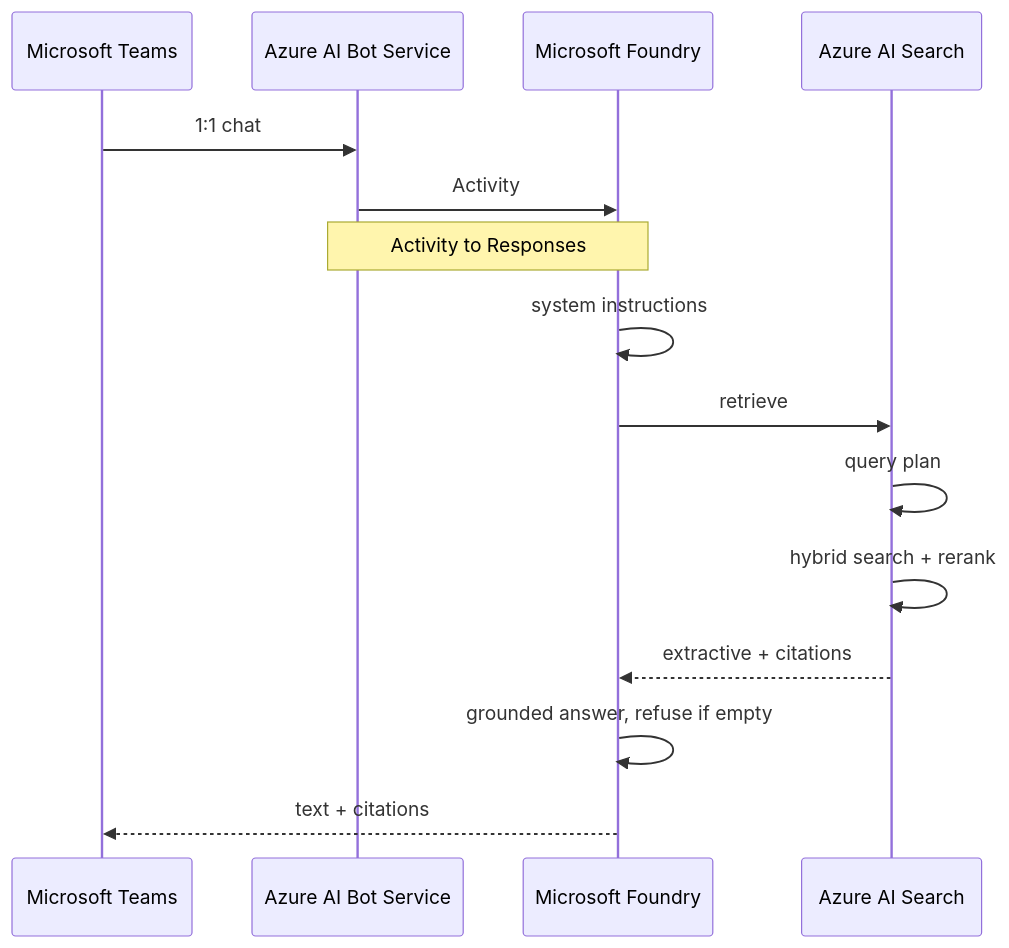
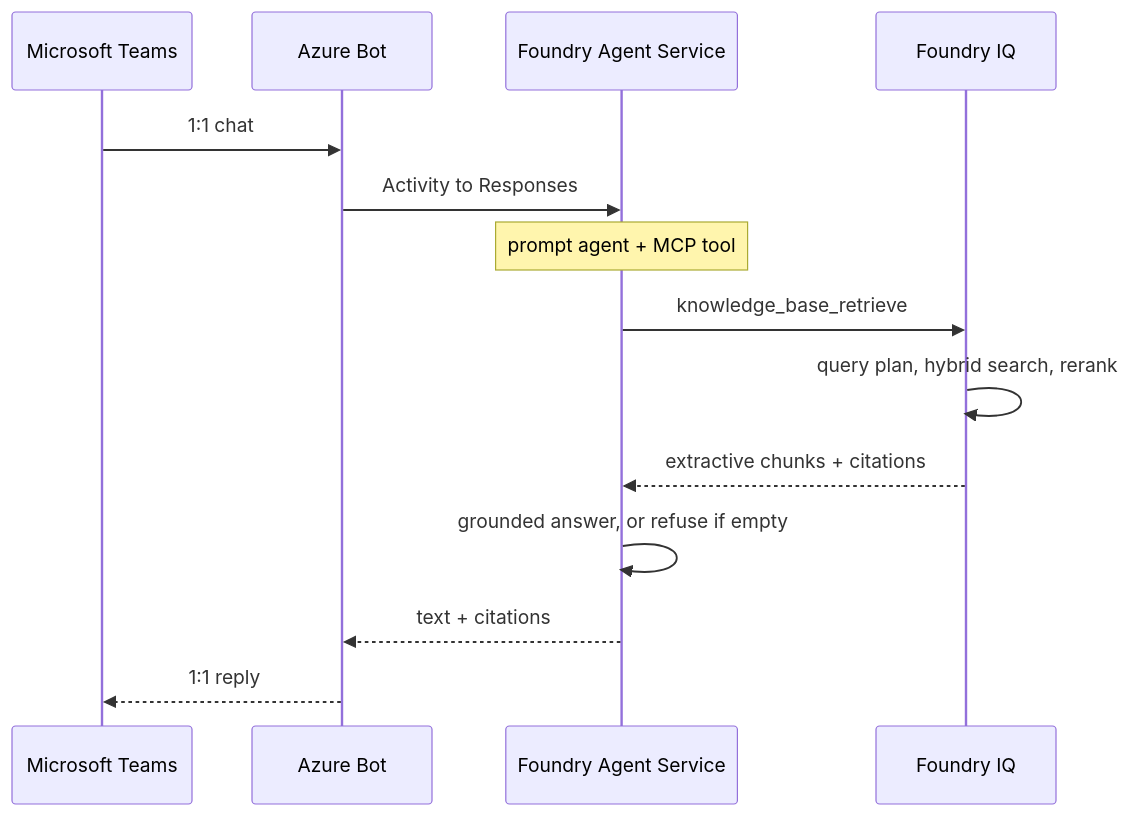
The diagram in README.md (kborovik/azure-ai-foundry), drawn with Mermaid before and after one commit.

Commit message:
docs(readme): update sequence diagram components and flow

````diff
--- a/README.md
+++ b/README.md
@@ -13,18 +13,17 @@
 ```mermaid
 sequenceDiagram
   participant U as Microsoft Teams
-  participant BOT as Azure AI Bot Service
-  participant A as Microsoft Foundry
-  participant SEARCH as Azure AI Search
+  participant BOT as Azure Bot
+  participant A as Foundry Agent Service
+  participant IQ as Foundry IQ
 
   U->>BOT: 1:1 chat
-  BOT->>A: Activity
-  Note over BOT,A: Activity to Responses
-  A->>A: system instructions
-  A->>SEARCH: retrieve
-  SEARCH->>SEARCH: query plan
-  SEARCH->>SEARCH: hybrid search + rerank
-  SEARCH-->>A: extractive + citations
-  A->>A: grounded answer, refuse if empty
-  A-->>U: text + citations
+  BOT->>A: Activity to Responses
+  Note over A: prompt agent + MCP tool
+  A->>IQ: knowledge_base_retrieve
+  IQ->>IQ: query plan, hybrid search, rerank
+  IQ-->>A: extractive chunks + citations
+  A->>A: grounded answer, or refuse if empty
+  A-->>BOT: text + citations
+  BOT-->>U: 1:1 reply
 ```
````
